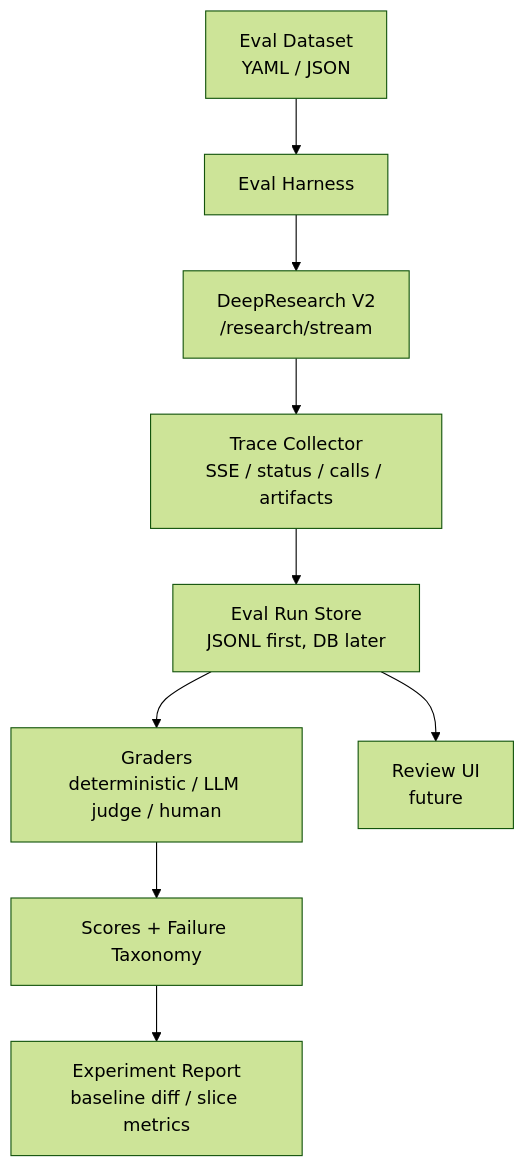
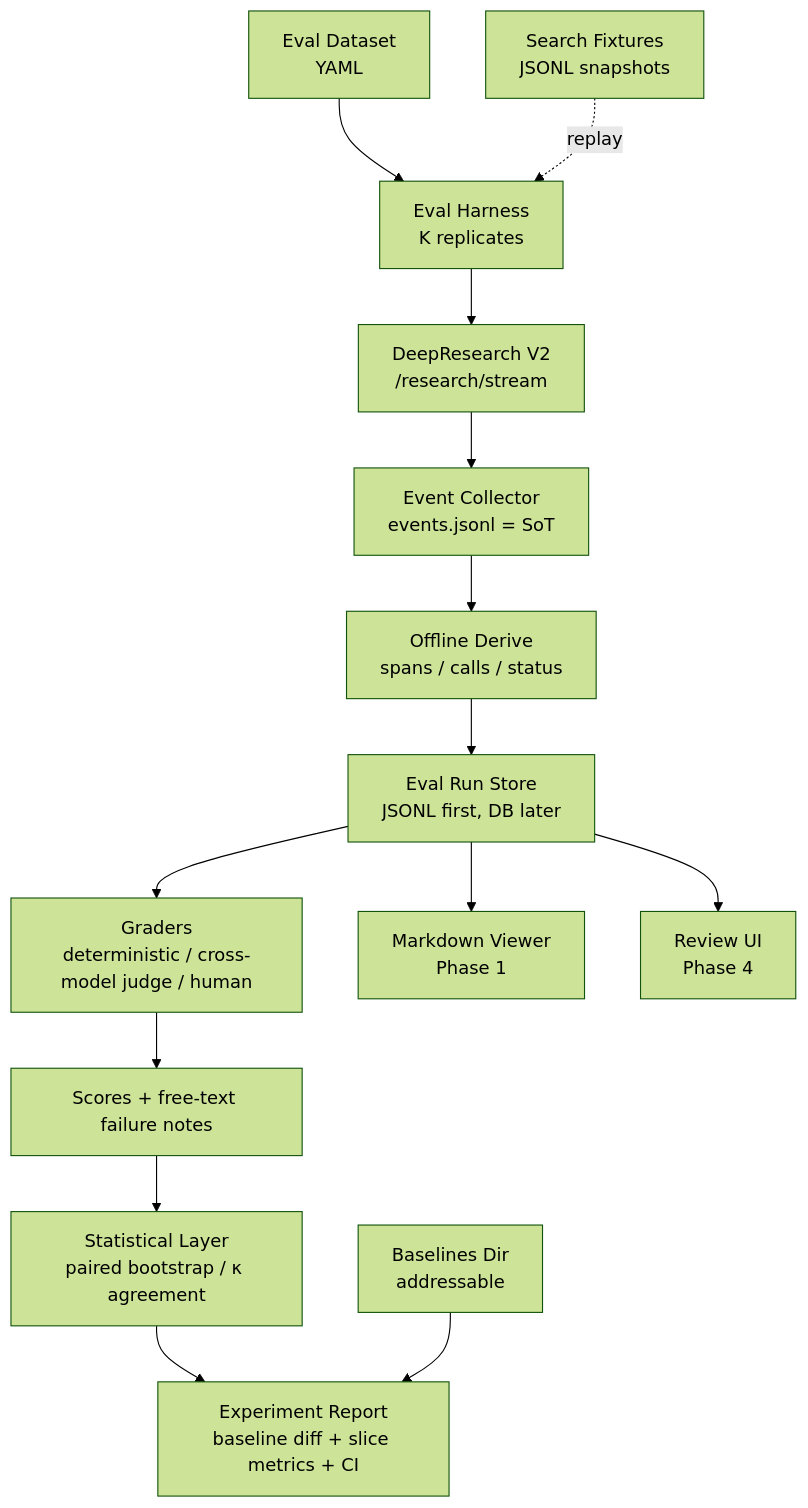
The diagram in docs/design-docs/deepresearch-eval-platform-design.md (zhongvirgil886/deep-research-multi-agent), drawn with Mermaid (forest theme) before and after one commit. The commit also changed other lines of this file and 1 other file, not shown here.

Commit message:
docs: update deepresearch eval platform design

````diff
--- a/docs/design-docs/deepresearch-eval-platform-design.md
+++ b/docs/design-docs/deepresearch-eval-platform-design.md
@@ -77,11 +96,16 @@
 ```mermaid
 flowchart TB
-    Dataset[Eval Dataset<br/>YAML / JSON] --> Harness[Eval Harness]
+    Dataset[Eval Dataset<br/>YAML] --> Harness[Eval Harness<br/>K replicates]
+    Fixtures[Search Fixtures<br/>JSONL snapshots] -.replay.-> Harness
     Harness --> DR[DeepResearch V2<br/>/research/stream]
-    DR --> Trace[Trace Collector<br/>SSE / status / calls / artifacts]
-    Trace --> Store[Eval Run Store<br/>JSONL first, DB later]
-    Store --> Graders[Graders<br/>deterministic / LLM judge / human]
-    Graders --> Scores[Scores + Failure Taxonomy]
-    Scores --> Report[Experiment Report<br/>baseline diff / slice metrics]
-    Store --> UI[Review UI<br/>future]
+    DR --> Collector[Event Collector<br/>events.jsonl = SoT]
+    Collector --> Derive[Offline Derive<br/>spans / calls / status]
+    Derive --> Store[Eval Run Store<br/>JSONL first, DB later]
+    Store --> Graders[Graders<br/>deterministic / cross-model judge / human]
+    Graders --> Scores[Scores + free-text failure notes]
+    Scores --> Stats[Statistical Layer<br/>paired bootstrap / κ agreement]
+    Stats --> Report[Experiment Report<br/>baseline diff + slice metrics + CI]
+    Baseline[Baselines Dir<br/>addressable] --> Report
+    Store --> Viewer[Markdown Viewer<br/>Phase 1]
+    Store --> UI[Review UI<br/>Phase 4]
 ```
````
